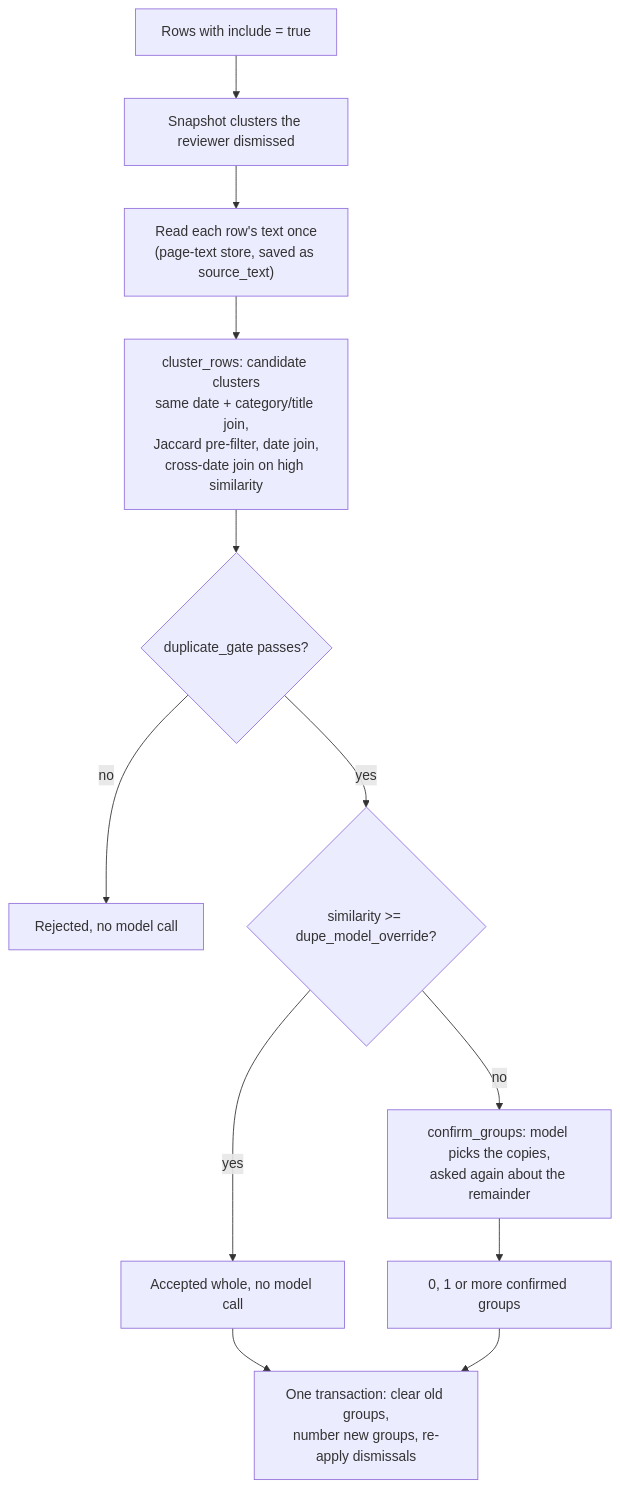
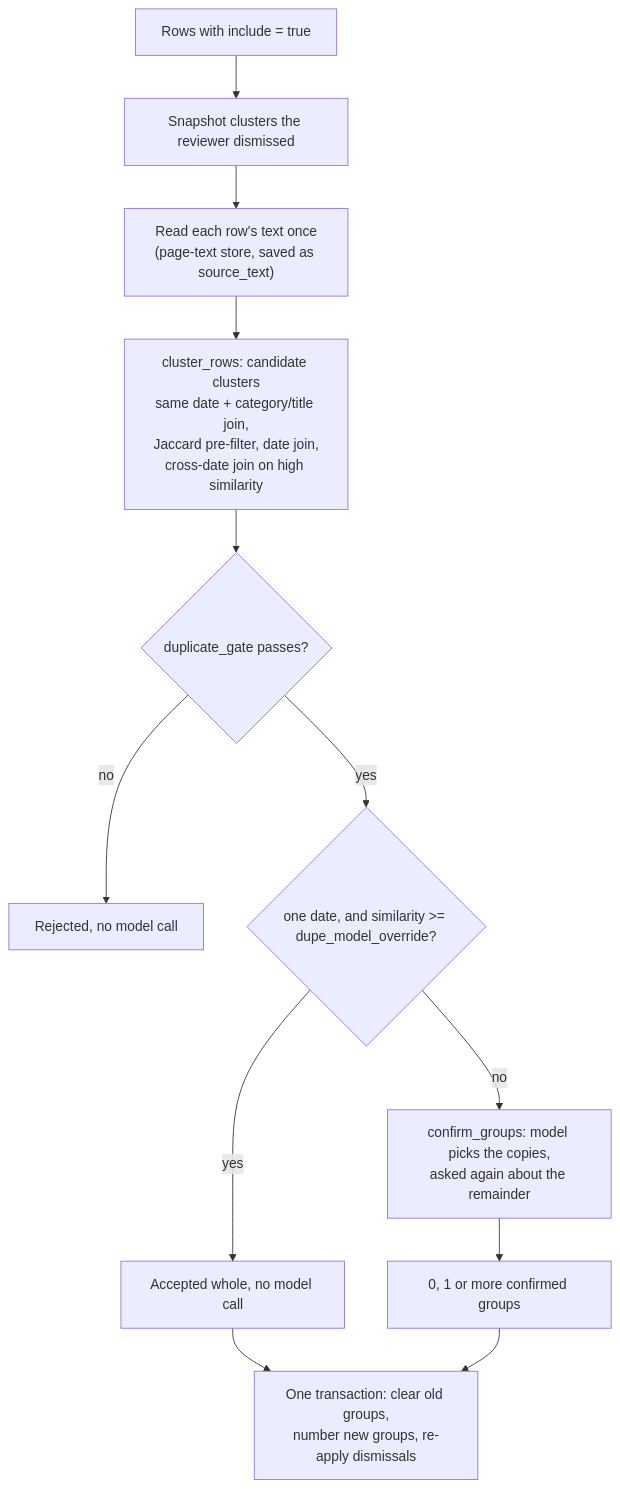
The first of 2 diagrams in docs/explanation/duplicate-detection.md (gesco-healthcare-support/ai-medical-record-review), drawn with Mermaid before and after one commit. The commit also changed other lines of this file and 4 other files, not shown here.

````diff
--- a/docs/explanation/duplicate-detection.md
+++ b/docs/explanation/duplicate-detection.md
@@ -45,14 +45,14 @@
 ```mermaid
 flowchart TD
     A["Rows with include = true"] --> B["Snapshot clusters the reviewer dismissed"]
     B --> C["Read each row's text once<br/>(page-text store, saved as source_text)"]
     C --> D["cluster_rows: candidate clusters<br/>same date + category/title join,<br/>Jaccard pre-filter, date join,<br/>cross-date join on high similarity"]
     D --> E{"duplicate_gate passes?"}
     E -->|no| X["Rejected, no model call"]
-    E -->|yes| F{"similarity >= dupe_model_override?"}
+    E -->|yes| F{"one date, and similarity >= dupe_model_override?"}
     F -->|yes| G["Accepted whole, no model call"]
     F -->|no| H["confirm_groups: model picks the copies,<br/>asked again about the remainder"]
     H --> I["0, 1 or more confirmed groups"]
     G --> J["One transaction: clear old groups,<br/>number new groups, re-apply dismissals"]
     I --> J
 ```
````
